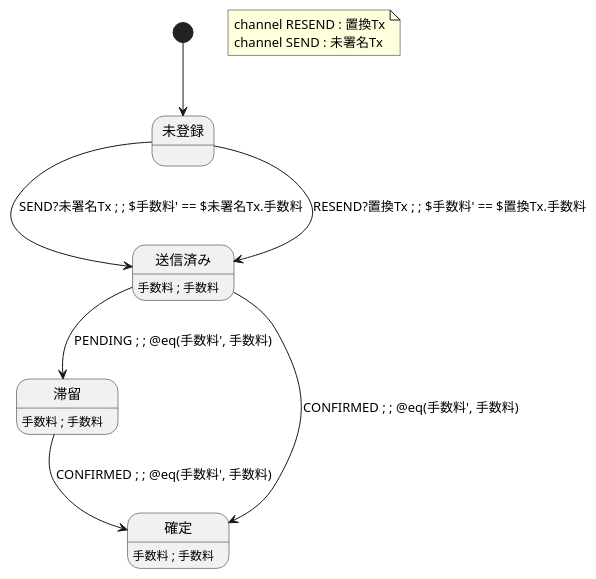
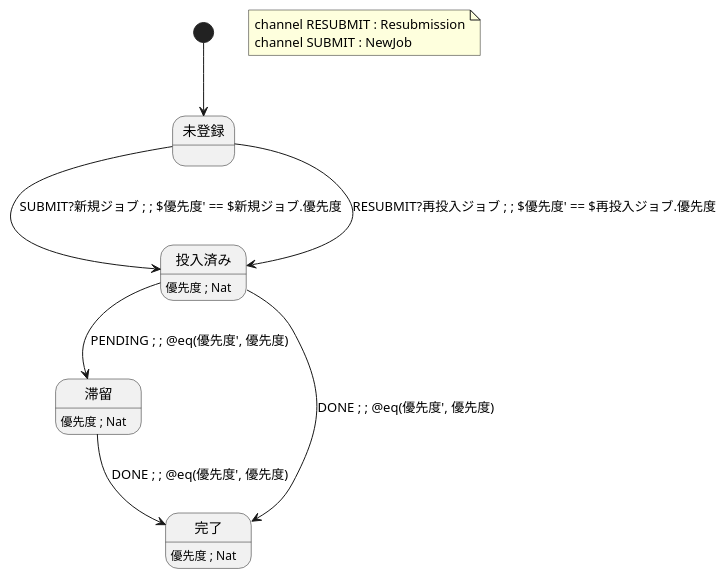
The diagram in examples/bmc/attempts/local/ATTEMPT.puml (Kuniwak/puml-parallel), drawn with PlantUML before and after one commit. The commit also changed 60 other files, not shown here.

```diff
--- a/examples/bmc/attempts/local/ATTEMPT.puml
+++ b/examples/bmc/attempts/local/ATTEMPT.puml
@@ -1,23 +1,23 @@
 @startuml ATTEMPT
-' One transaction attempt, its atoms written in Python. A local clause reads
+' One attempt at a job, its atoms written in Python. A local clause reads
 ' the event's fields and the instance's own variables, and a local post gives
 ' the instance's variables after the step.
 state "未登録" as attNone
-state "送信済み" as attSent
-attSent : 手数料 ; 手数料
+state "投入済み" as attSent
+attSent : 優先度 ; Nat
 state "滞留" as attStuck
-attStuck : 手数料 ; 手数料
-state "確定" as attConfirmed
-attConfirmed : 手数料 ; 手数料
+attStuck : 優先度 ; Nat
+state "完了" as attDone
+attDone : 優先度 ; Nat
 
 [*] --> attNone
-attNone --> attSent : SEND?未署名Tx ; ; $手数料' == $未署名Tx.手数料
-attNone --> attSent : RESEND?置換Tx ; ; $手数料' == $置換Tx.手数料
-attSent --> attStuck : PENDING ; ; @eq(手数料', 手数料)
-attSent --> attConfirmed : CONFIRMED ; ; @eq(手数料', 手数料)
-attStuck --> attConfirmed : CONFIRMED ; ; @eq(手数料', 手数料)
+attNone --> attSent : SUBMIT?新規ジョブ ; ; $優先度' == $新規ジョブ.優先度
+attNone --> attSent : RESUBMIT?再投入ジョブ ; ; $優先度' == $再投入ジョブ.優先度
+attSent --> attStuck : PENDING ; ; @eq(優先度', 優先度)
+attSent --> attDone : DONE ; ; @eq(優先度', 優先度)
+attStuck --> attDone : DONE ; ; @eq(優先度', 優先度)
 note as attemptChannels
-  channel RESEND : 置換Tx
-  channel SEND : 未署名Tx
+  channel RESUBMIT : Resubmission
+  channel SUBMIT : NewJob
 end note
 @enduml
```
